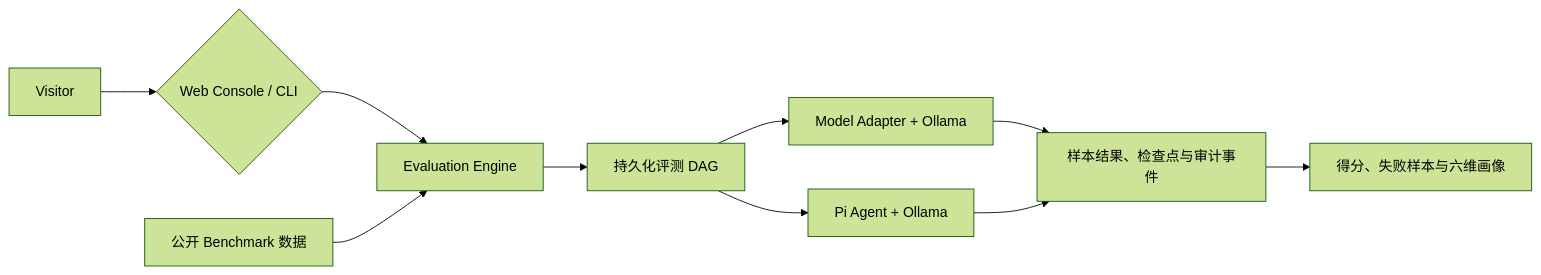
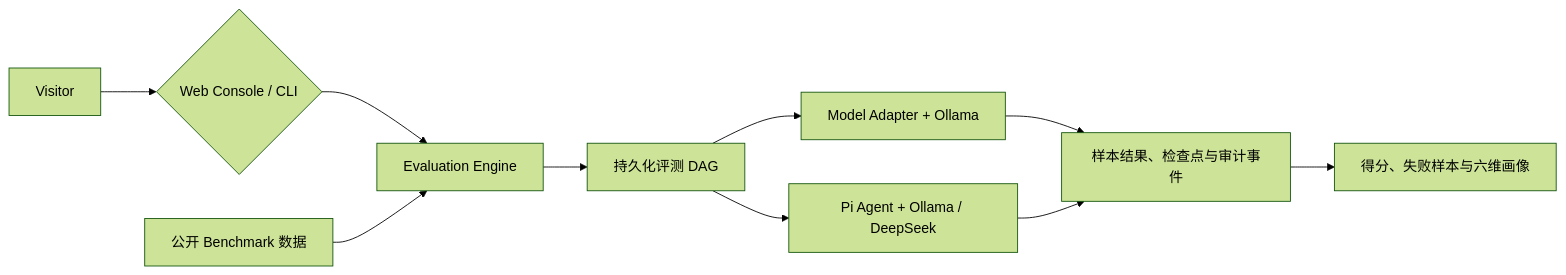
The diagram in README.md (NEDONION/evalhub), drawn with Mermaid (forest theme) before and after one commit. The commit also changed other lines of this file and 22 other files, not shown here.

````diff
--- a/README.md
+++ b/README.md
@@ -157,12 +208,12 @@
 ```mermaid
 flowchart LR
     Visitor["Visitor"] --> Entry{"Web Console / CLI"}
     Entry --> Engine["Evaluation Engine"]
     Dataset["公开 Benchmark 数据"] --> Engine
     Engine --> DAG["持久化评测 DAG"]
     DAG --> Model["Model Adapter + Ollama"]
-    DAG --> Agent["Pi Agent + Ollama"]
+    DAG --> Agent["Pi Agent + Ollama / DeepSeek"]
     Model --> Evidence["样本结果、检查点与审计事件"]
     Agent --> Evidence
     Evidence --> Report["得分、失败样本与六维画像"]
 ```
````
